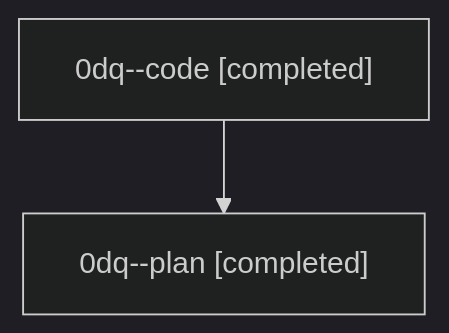
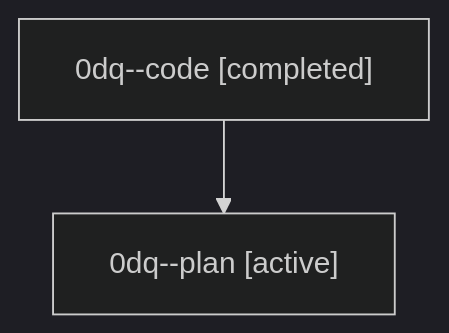
Before and after one commit to sase-org/sase--agents: the diagram in families/bbugyi200.athena.0dq.md, drawn with Mermaid (dark theme). The commit also changed other lines of this file and 35830 other files, not shown here.

````diff
--- a/families/bbugyi200.athena.0dq.md
+++ b/families/bbugyi200.athena.0dq.md
@@ -9,6 +9,6 @@
 ```mermaid
 flowchart TD
   n0["0dq--code [completed]"]
-  n1["0dq--plan [completed]"]
+  n1["0dq--plan [active]"]
   n0 --> n1
 ```
````
